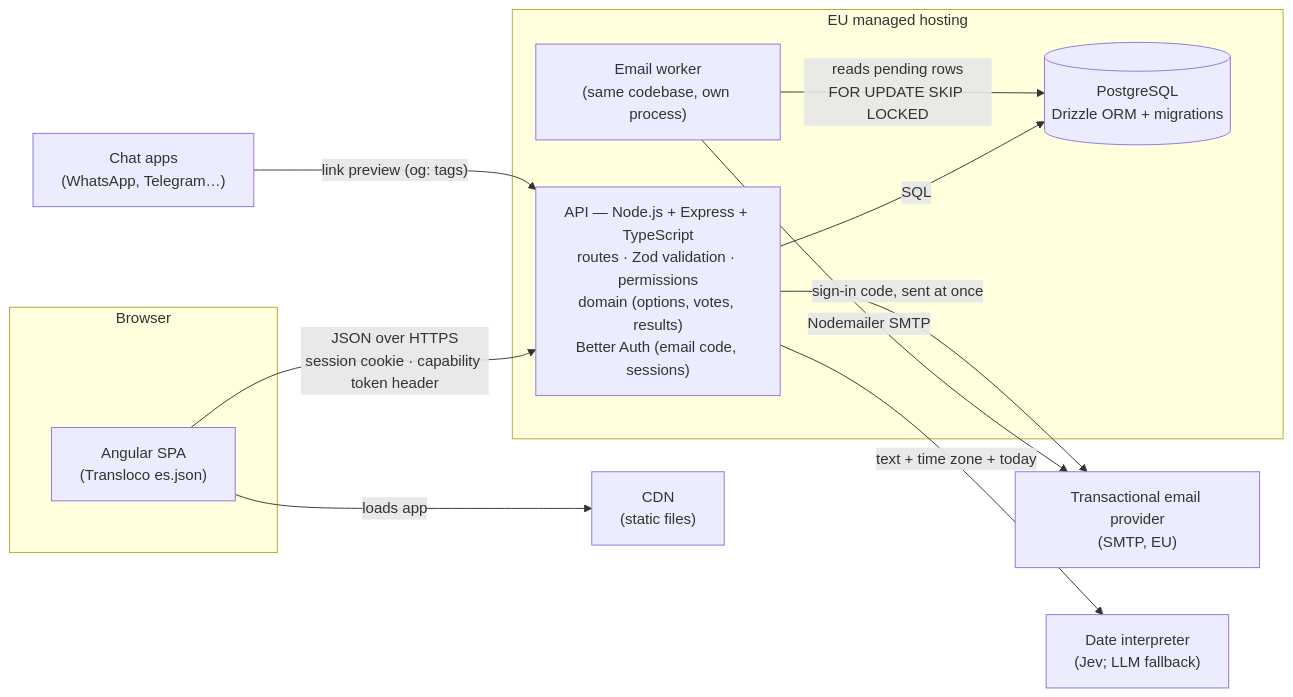
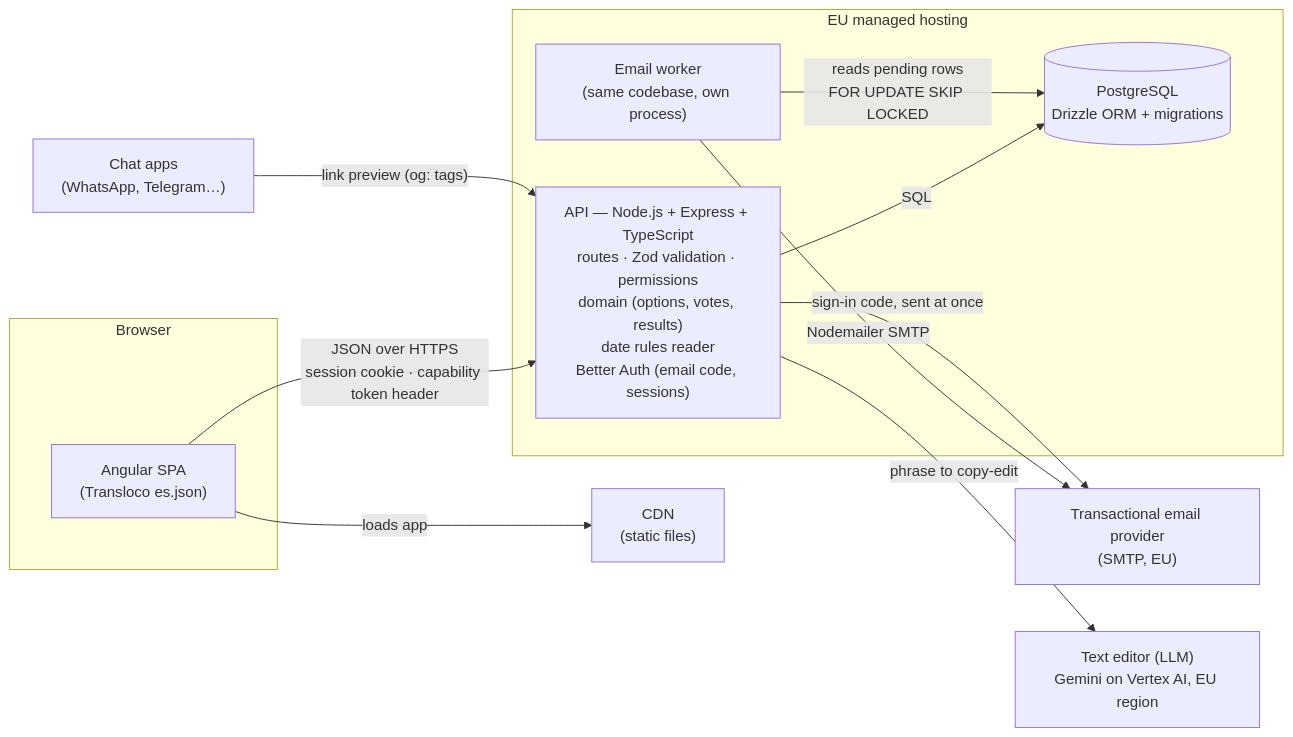
The first of 4 diagrams in docs/diagrams.md (pietrodags/qando-app), drawn with Mermaid before and after one commit. The commit also changed other lines of this file and 5 other files, not shown here.

Commit message:
docs(hu10): smart calendar marks dates and times at once, questions, notices, undo; editor on Vertex AI EU

````diff
--- a/docs/diagrams.md
+++ b/docs/diagrams.md
@@ -12,24 +12,24 @@
 ```mermaid
 flowchart LR
   subgraph Browser
     spa["Angular SPA<br/>(Transloco es.json)"]
   end
   cdn["CDN<br/>(static files)"]
   subgraph EU["EU managed hosting"]
-    api["API — Node.js + Express + TypeScript<br/>routes · Zod validation · permissions<br/>domain (options, votes, results)<br/>Better Auth (email code, sessions)"]
+    api["API — Node.js + Express + TypeScript<br/>routes · Zod validation · permissions<br/>domain (options, votes, results)<br/>date rules reader<br/>Better Auth (email code, sessions)"]
     worker["Email worker<br/>(same codebase, own process)"]
     db[("PostgreSQL<br/>Drizzle ORM + migrations")]
   end
   smtp["Transactional email provider<br/>(SMTP, EU)"]
-  ai["Date interpreter<br/>(Jev; LLM fallback)"]
+  ai["Text editor (LLM)<br/>Gemini on Vertex AI, EU region"]
   chat["Chat apps<br/>(WhatsApp, Telegram…)"]
 
   spa -->|"loads app"| cdn
   spa -->|"JSON over HTTPS<br/>session cookie · capability token header"| api
   api -->|SQL| db
   worker -->|"reads pending rows<br/>FOR UPDATE SKIP LOCKED"| db
   worker -->|"Nodemailer SMTP"| smtp
   api -->|"sign-in code, sent at once"| smtp
-  api -->|"text + time zone + today"| ai
+  api -->|"phrase to copy-edit"| ai
   chat -->|"link preview (og: tags)"| api
 ```
````
